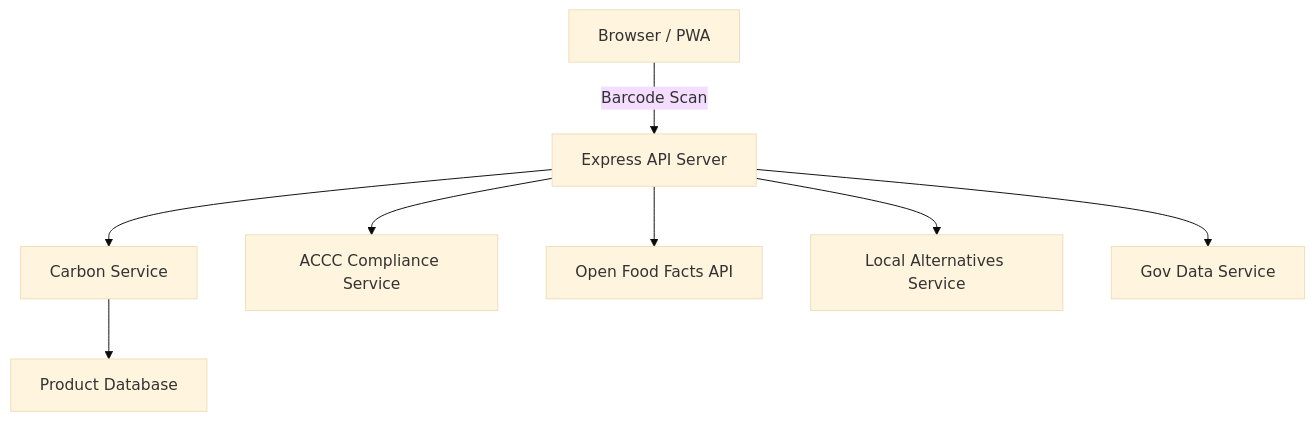
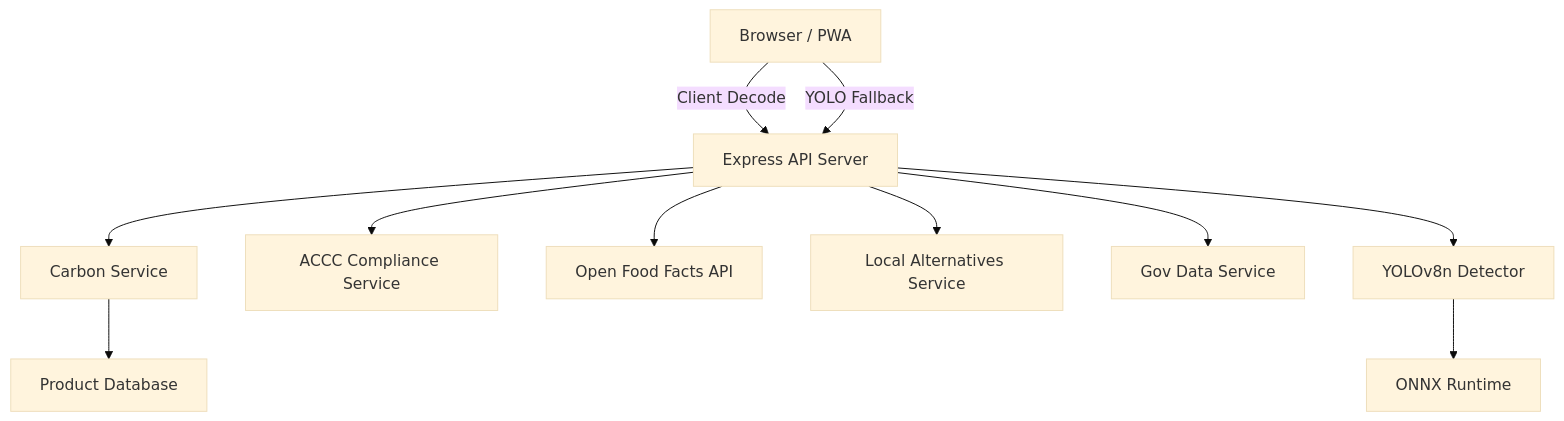
One commit to WeiGuang-2099/ecoCart changed the diagram in README.md. Above: the diagram before and after it, drawn with Mermaid (base theme). The commit also changed other lines of this file, not shown here.

First line of the commit message:
docs: update README with YOLO integration and scan flow

````diff
--- a/README.md
+++ b/README.md
@@ -13,10 +13,13 @@
 ```mermaid
 graph TB
-    Browser[Browser / PWA] -->|Barcode Scan| API[Express API Server]
+    Browser[Browser / PWA] -->|Client Decode| API[Express API Server]
+    Browser -->|YOLO Fallback| API
     API --> Carbon[Carbon Service]
     API --> ACCC[ACCC Compliance Service]
     API --> OFF[Open Food Facts API]
     API --> Local[Local Alternatives Service]
     API --> Gov[Gov Data Service]
+    API --> YOLO[YOLOv8n Detector]
+    YOLO --> ONNX[ONNX Runtime]
     Carbon --> DB[Product Database]
 ```
````
